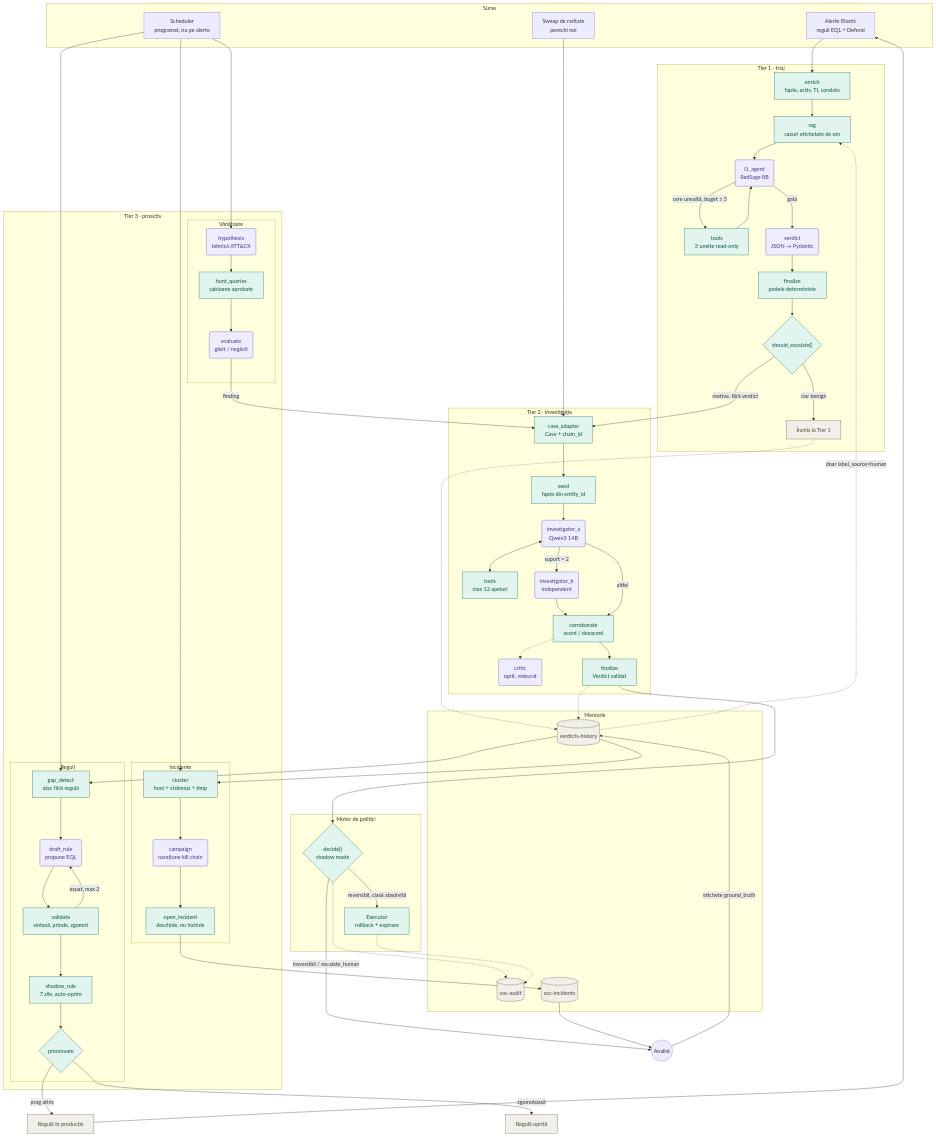
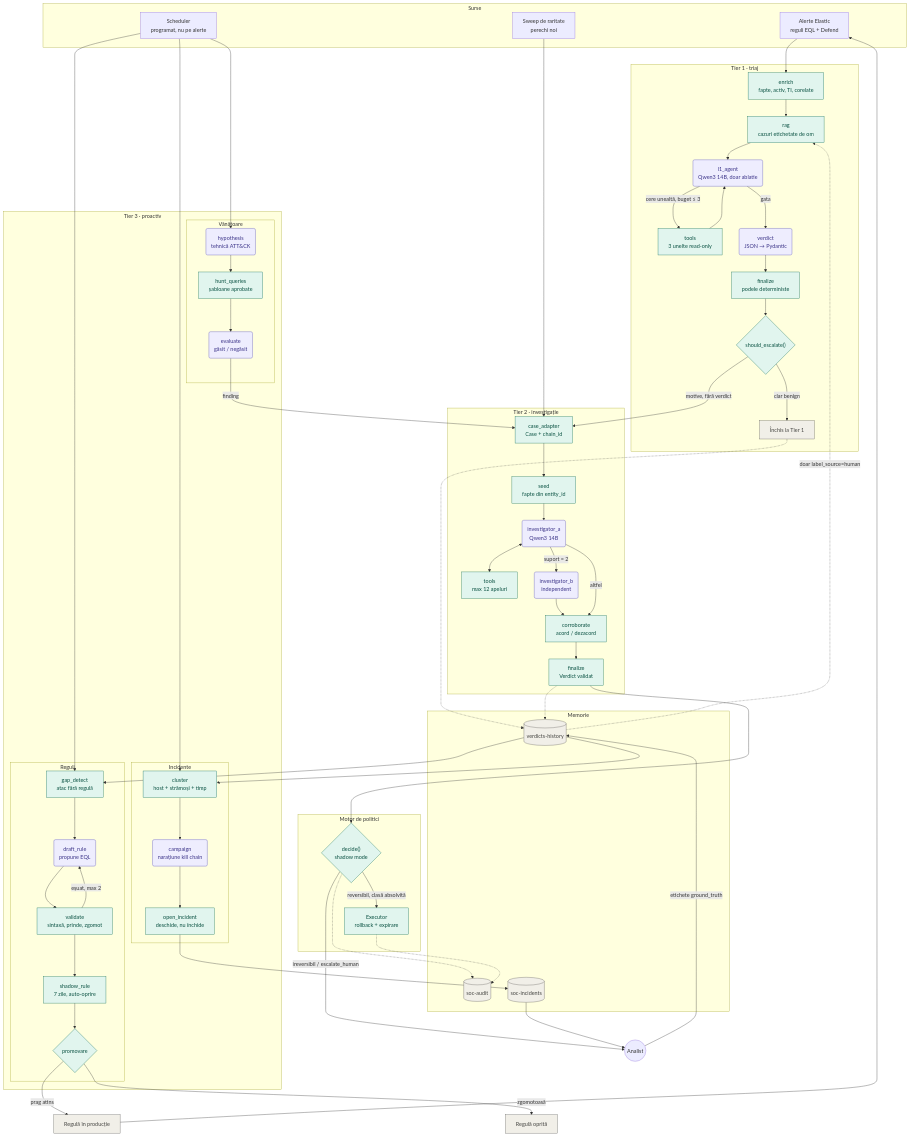
Before and after one commit to tibica2004/Parallel-soc-lab: the diagram in docs/arhitectura.md, drawn with Mermaid. The commit also changed other lines of this file and 10 other files, not shown here.

```diff
--- a/docs/arhitectura.md
+++ b/docs/arhitectura.md
@@ -14,7 +21,7 @@
   subgraph T1["Tier 1 · triaj"]
     T1_ENRICH["enrich<br/>fapte, activ, TI, corelate"]
     T1_RAG["rag<br/>cazuri etichetate de om"]
-    T1_AGENT("l1_agent<br/>RedSage 8B")
+    T1_AGENT("l1_agent<br/>Qwen3 14B, doar ablatie")
     T1_TOOLS["tools<br/>3 unelte read-only"]
     T1_VERD("verdict<br/>JSON → Pydantic")
     T1_FIN["finalize<br/>podele deterministe"]
@@ -29,7 +36,6 @@
     T2_TOOLS["tools<br/>max 12 apeluri"]
     T2_B("investigator_b<br/>independent")
     T2_COR["corroborate<br/>acord / dezacord"]
-    T2_CRIT("critic<br/>oprit, măsurat")
     T2_FIN["finalize<br/>Verdict validat"]
   end
 
@@ -81,7 +87,6 @@
   T2_A <--> T2_TOOLS
   T2_A -->|suport = 2| T2_B --> T2_COR
   T2_A -->|altfel| T2_COR
-  T2_COR -.-> T2_CRIT
   T2_COR --> T2_FIN --> DECIDE
 
   %% ============ POLITICI ============
@@ -113,7 +118,7 @@
   classDef model fill:#EEEDFE,stroke:#534AB7,color:#3C3489
   classDef code  fill:#E1F5EE,stroke:#0F6E56,color:#085041
   classDef store fill:#F1EFE8,stroke:#5F5E5A,color:#444441
-  class T1_AGENT,T1_VERD,T2_A,T2_B,T2_CRIT,H1,H3,C2,R2 model
+  class T1_AGENT,T1_VERD,T2_A,T2_B,H1,H3,C2,R2 model
   class T1_ENRICH,T1_RAG,T1_TOOLS,T1_FIN,T1_ESC,CASE,T2_SEED,T2_TOOLS,T2_COR,T2_FIN,DECIDE,EXEC,H2,C1,C3,R1,R3,R4,R5 code
   class HIST,AUDIT,INC,CLOSED,PROD,OFF store
 
```
